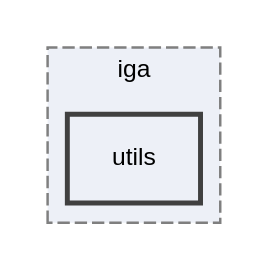
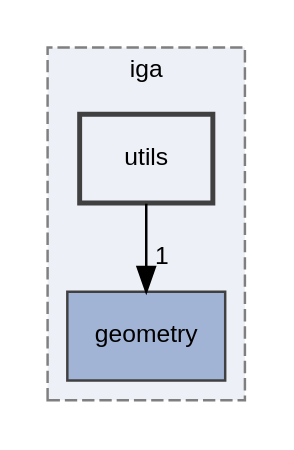
The diagram in dir_054fedf05f142c88b967e78541d2ed3d_dep.dot (rath3t/dune-iga-doc), drawn with Graphviz before and after one commit. The commit also changed 1110 other files, not shown here.

```diff
--- a/dir_054fedf05f142c88b967e78541d2ed3d_dep.dot
+++ b/dir_054fedf05f142c88b967e78541d2ed3d_dep.dot
@@ -1,11 +1,13 @@
 digraph "utils"
 {
  // LATEX_PDF_SIZE
   edge [fontname="Helvetica",fontsize="10",labelfontname="Helvetica",labelfontsize="10"];
   node [fontname="Helvetica",fontsize="10",shape=record];
   compound=true
   subgraph clusterdir_d2a3c23294a1b1015b1b8e8721ddded8 {
     graph [ bgcolor="#edf0f7", pencolor="grey50", style="filled,dashed,", label="iga", fontname="Helvetica", fontsize="10", URL="dir_d2a3c23294a1b1015b1b8e8721ddded8.html"]
+  dir_b534248905b8119b36a62f0ff7e8fe43 [shape=box, label="geometry", style="filled,", fillcolor="#a2b4d6", color="grey25", URL="dir_b534248905b8119b36a62f0ff7e8fe43.html"];
   dir_054fedf05f142c88b967e78541d2ed3d [shape=box, label="utils", style="filled,bold,", fillcolor="#edf0f7", color="grey25", URL="dir_054fedf05f142c88b967e78541d2ed3d.html"];
   }
+  dir_054fedf05f142c88b967e78541d2ed3d->dir_b534248905b8119b36a62f0ff7e8fe43 [headlabel="1", labeldistance=1.5 headhref="dir_000010_000003.html"];
 }
```
